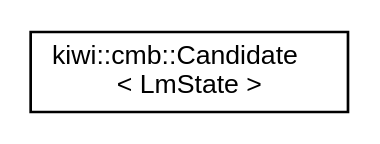
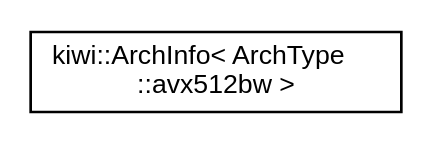
The diagram in inherit_graph_2.dot (bab2min/Kiwi), drawn with Graphviz before and after one commit. The commit also changed 251 other files, not shown here.

```diff
--- a/inherit_graph_2.dot
+++ b/inherit_graph_2.dot
@@ -1,8 +1,8 @@
 digraph "Graphical Class Hierarchy"
 {
  // LATEX_PDF_SIZE
   edge [fontname="Helvetica",fontsize="10",labelfontname="Helvetica",labelfontsize="10"];
   node [fontname="Helvetica",fontsize="10",shape=record];
   rankdir="LR";
-  Node0 [label="kiwi::cmb::Candidate\l\< LmState \>",height=0.2,width=0.4,color="black", fillcolor="white", style="filled",URL="$structkiwi_1_1cmb_1_1Candidate.html",tooltip=" "];
+  Node0 [label="kiwi::ArchInfo\< ArchType\l::avx512bw \>",height=0.2,width=0.4,color="black", fillcolor="white", style="filled",URL="$structkiwi_1_1ArchInfo_3_01ArchType_1_1avx512bw_01_4.html",tooltip=" "];
 }
```
